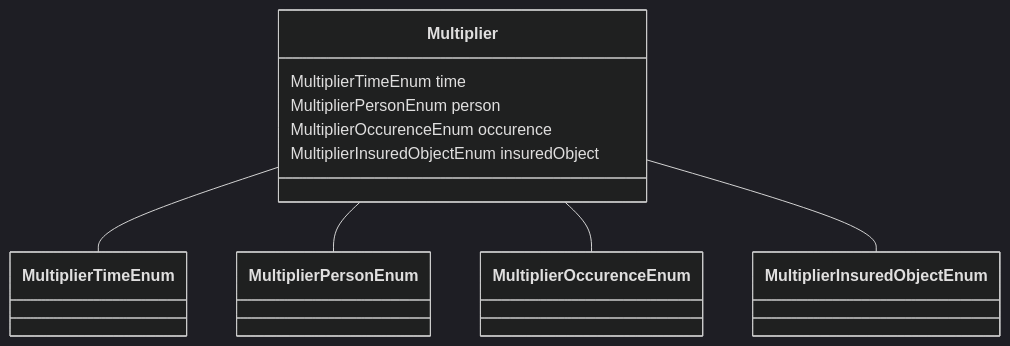
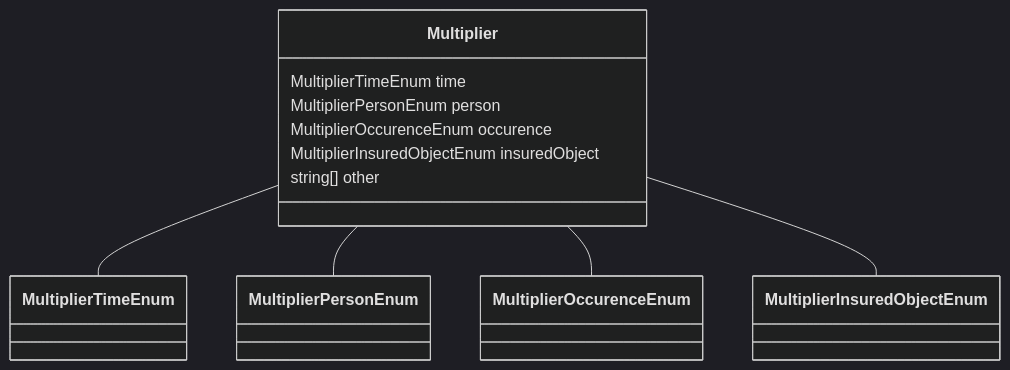
The diagram in datamodel-build/mermaid/Multiplier.mmd (codexstanford/Insurance-Payout-Ontology), drawn with Mermaid (dark theme) before and after one commit. The commit also changed 105 other files, not shown here.

```diff
--- a/datamodel-build/mermaid/Multiplier.mmd
+++ b/datamodel-build/mermaid/Multiplier.mmd
@@ -1,15 +1,16 @@
 classDiagram
   Multiplier -- MultiplierTimeEnum
 Multiplier -- MultiplierPersonEnum
 Multiplier -- MultiplierOccurenceEnum
 Multiplier -- MultiplierInsuredObjectEnum
 
 
 class Multiplier {
 
   MultiplierTimeEnum time
   MultiplierPersonEnum person
   MultiplierOccurenceEnum occurence
   MultiplierInsuredObjectEnum insuredObject
+  string[] other
 
 }
```
